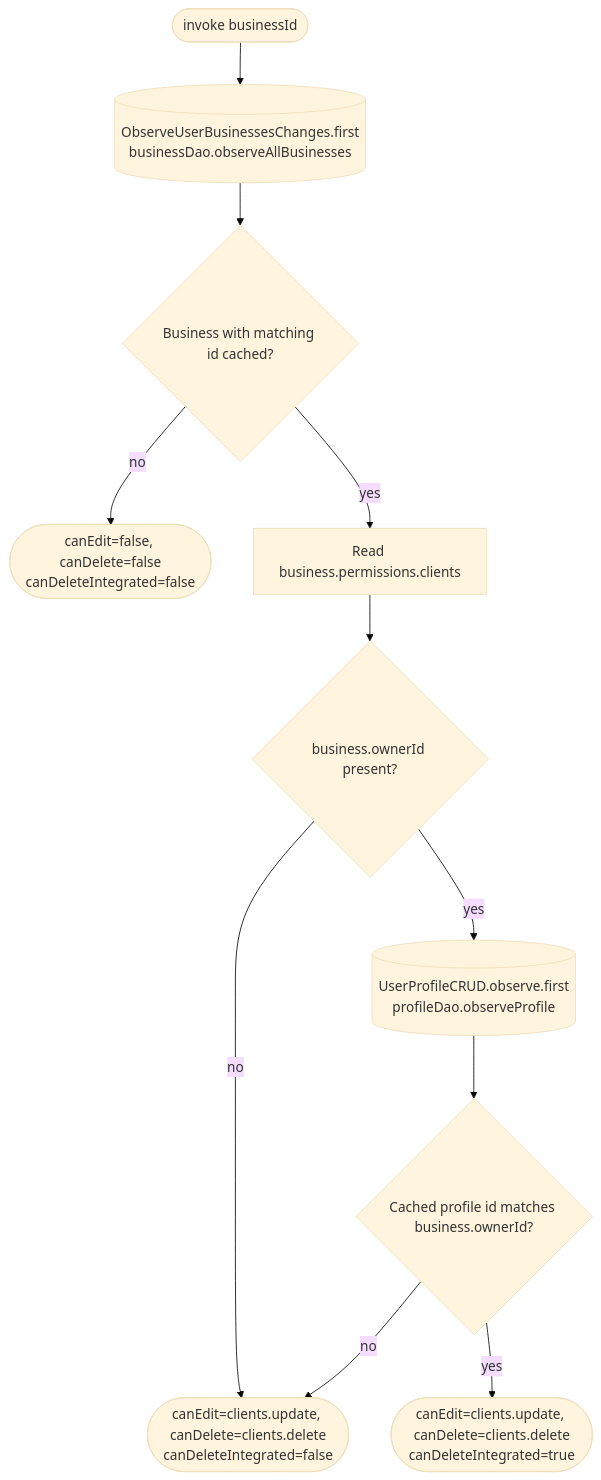
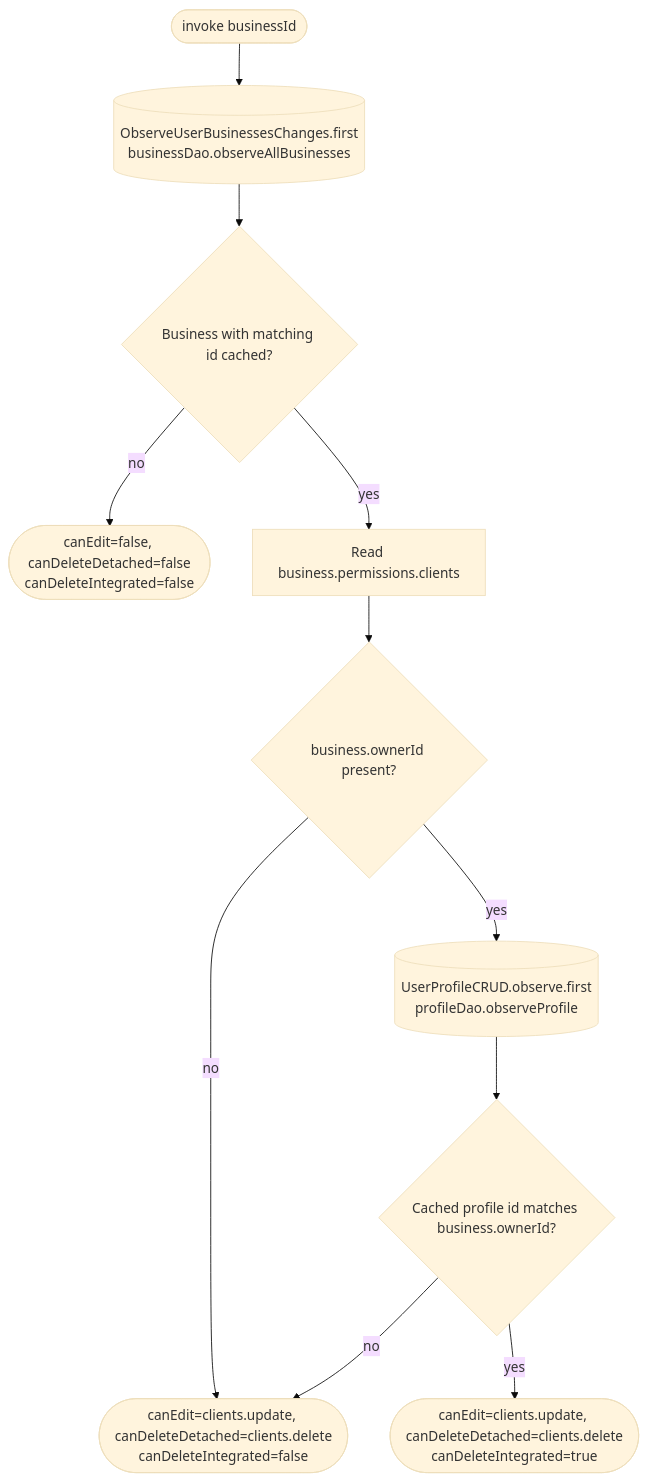
One commit to nocturneproperties/bookkme-client changed the diagram in docs/operations/clients/get-clients-permissions.md. Above: the diagram before and after it, drawn with Mermaid (base theme). The commit also changed other lines of this file and 47 other files, not shown here.

````diff
--- a/docs/operations/clients/get-clients-permissions.md
+++ b/docs/operations/clients/get-clients-permissions.md
@@ -23,13 +23,13 @@
 ```mermaid
 flowchart TD
     Start([invoke businessId]) --> Db[(ObserveUserBusinessesChanges.first<br/>businessDao.observeAllBusinesses)]
     Db --> Find{Business with matching id cached?}
-    Find -- no --> Deny([canEdit=false, canDelete=false<br/>canDeleteIntegrated=false])
+    Find -- no --> Deny([canEdit=false, canDeleteDetached=false<br/>canDeleteIntegrated=false])
     Find -- yes --> Map[Read business.permissions.clients]
     Map --> Owner{business.ownerId present?}
-    Owner -- no --> Grants([canEdit=clients.update, canDelete=clients.delete<br/>canDeleteIntegrated=false])
+    Owner -- no --> Grants([canEdit=clients.update, canDeleteDetached=clients.delete<br/>canDeleteIntegrated=false])
     Owner -- yes --> Profile[(UserProfileCRUD.observe.first<br/>profileDao.observeProfile)]
     Profile --> Match{Cached profile id matches business.ownerId?}
     Match -- no --> Grants
-    Match -- yes --> Allow([canEdit=clients.update, canDelete=clients.delete<br/>canDeleteIntegrated=true])
+    Match -- yes --> Allow([canEdit=clients.update, canDeleteDetached=clients.delete<br/>canDeleteIntegrated=true])
 ```
````
